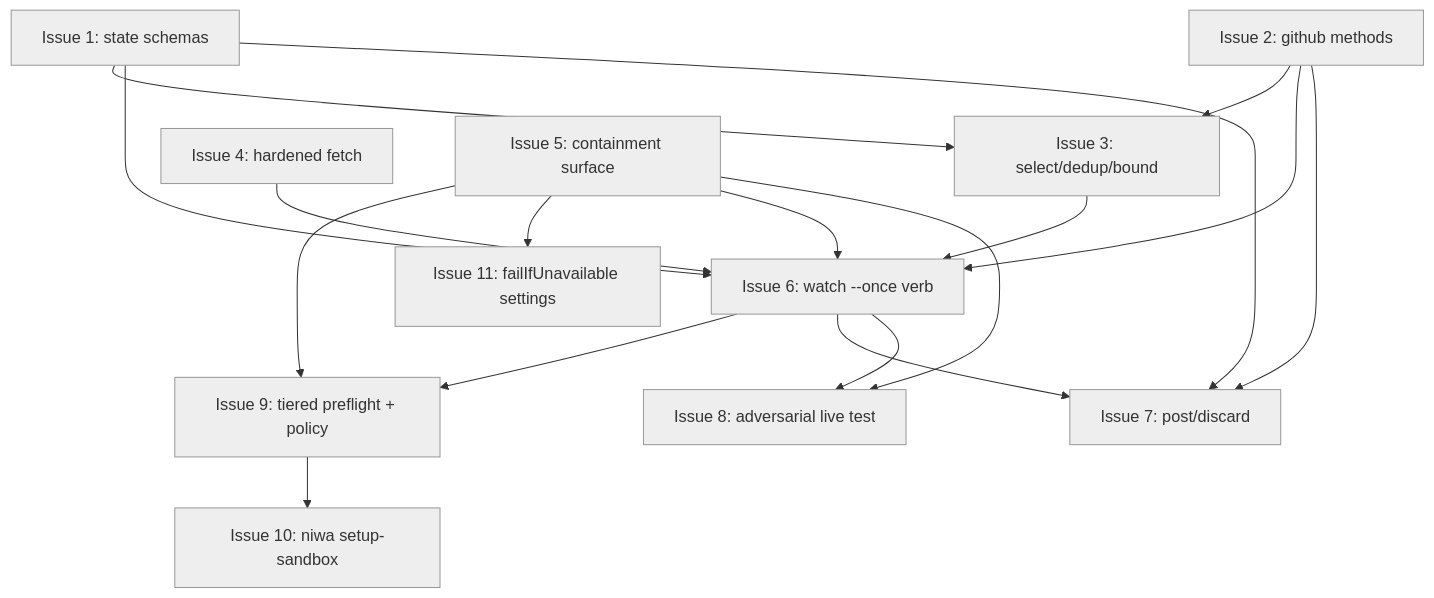
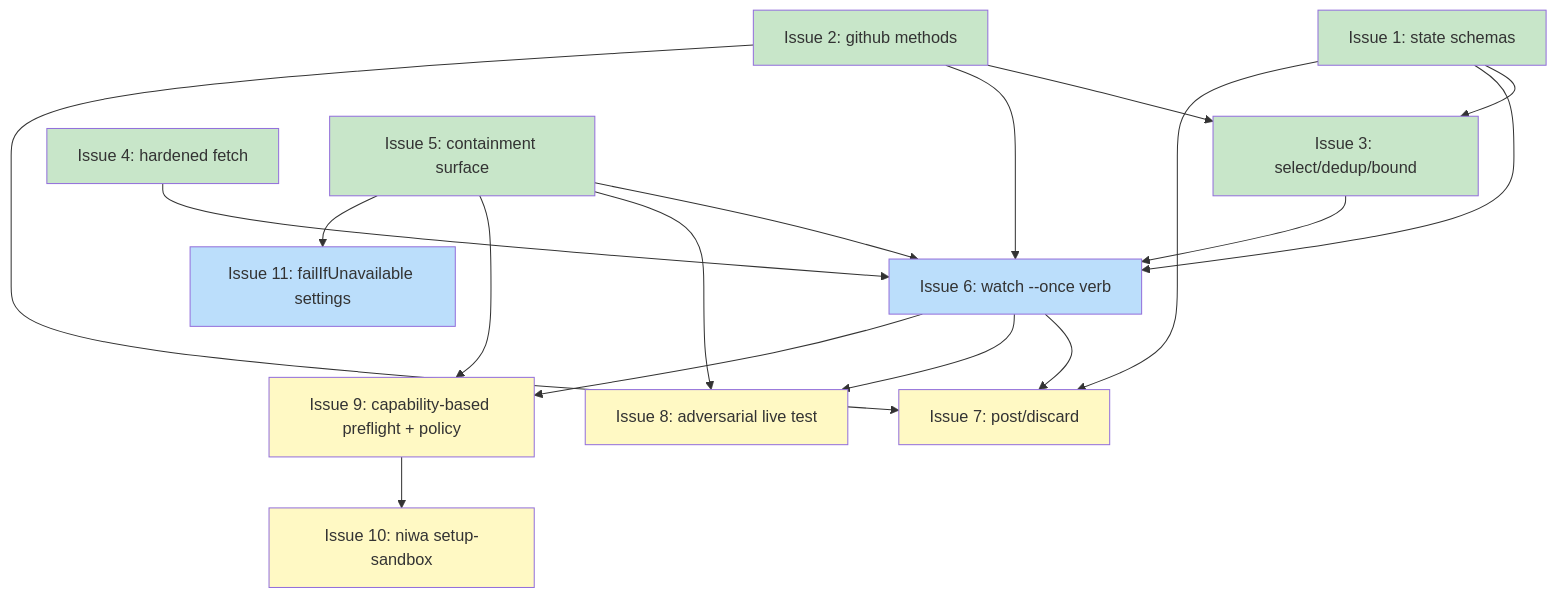
One commit to tsukumogami/niwa changed the diagram in docs/plans/PLAN-niwa-watch-once-pr-review.md. Above: the diagram before and after it, drawn with Mermaid. The commit also changed other lines of this file and 2 other files, not shown here.

````diff
--- a/docs/plans/PLAN-niwa-watch-once-pr-review.md
+++ b/docs/plans/PLAN-niwa-watch-once-pr-review.md
@@ -270,34 +212,39 @@
 ```mermaid
 graph TD
-    I1["Issue 1: state schemas"]:::pending
-    I2["Issue 2: github methods"]:::pending
-    I3["Issue 3: select/dedup/bound"]:::pending
-    I4["Issue 4: hardened fetch"]:::pending
-    I5["Issue 5: containment surface"]:::pending
-    I6["Issue 6: watch --once verb"]:::pending
-    I7["Issue 7: post/discard"]:::pending
-    I8["Issue 8: adversarial live test"]:::pending
-    I9["Issue 9: tiered preflight + policy"]:::pending
-    I10["Issue 10: niwa setup-sandbox"]:::pending
-    I11["Issue 11: failIfUnavailable settings"]:::pending
+    I1["Issue 1: state schemas"]
+    I2["Issue 2: github methods"]
+    I3["Issue 3: select/dedup/bound"]
+    I4["Issue 4: hardened fetch"]
+    I5["Issue 5: containment surface"]
+    I6["Issue 6: watch --once verb"]
+    I7["Issue 7: post/discard"]
+    I8["Issue 8: adversarial live test"]
+    I9["Issue 9: capability-based preflight + policy"]
+    I10["Issue 10: niwa setup-sandbox"]
+    I11["Issue 11: failIfUnavailable settings"]
 
-    I5 --> I9
-    I6 --> I9
-    I9 --> I10
-    I5 --> I11
     I1 --> I3
     I2 --> I3
     I1 --> I6
     I2 --> I6
     I3 --> I6
     I4 --> I6
     I5 --> I6
     I1 --> I7
     I2 --> I7
     I6 --> I7
     I5 --> I8
     I6 --> I8
+    I5 --> I9
+    I6 --> I9
+    I9 --> I10
+    I5 --> I11
 
-    classDef pending fill:#eee,stroke:#999,color:#333;
-    classDef done fill:#d4edda,stroke:#28a745,color:#155724;
+    classDef done fill:#c8e6c9
+    classDef ready fill:#bbdefb
+    classDef blocked fill:#fff9c4
+
+    class I1,I2,I3,I4,I5 done
+    class I6,I11 ready
+    class I7,I8,I9,I10 blocked
 ```
````
